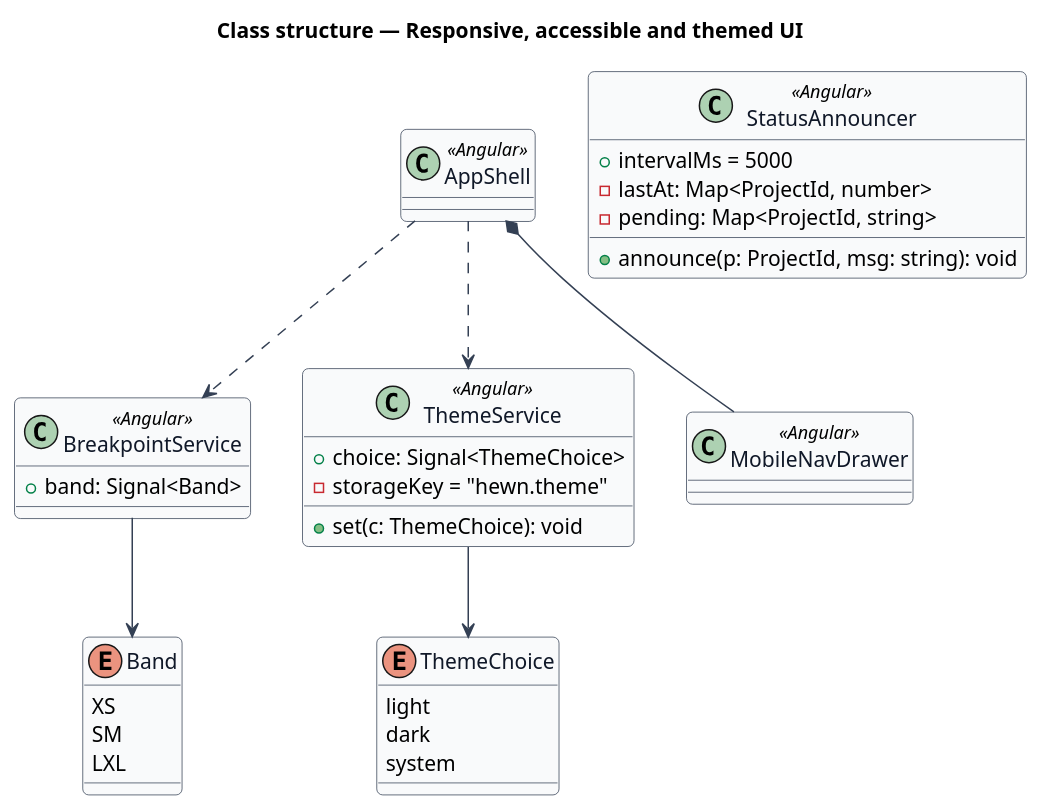
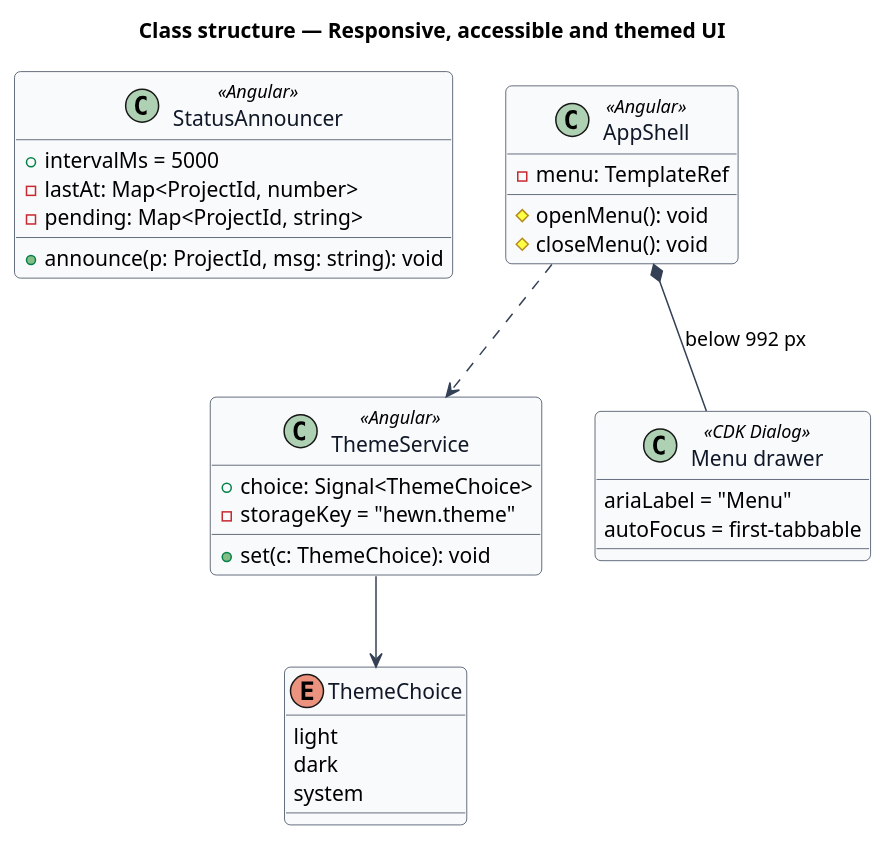
The diagram in docs/detailed-designs/mission-control/responsive-accessible-ui/diagrams/class-structure.puml (QuinntyneBrown/hewn), drawn with PlantUML before and after one commit. The commit also changed 47 other files, not shown here.

```diff
--- a/docs/detailed-designs/mission-control/responsive-accessible-ui/diagrams/class-structure.puml
+++ b/docs/detailed-designs/mission-control/responsive-accessible-ui/diagrams/class-structure.puml
@@ -1,45 +1,42 @@
 @startuml
 skinparam backgroundColor #FFFFFF
 skinparam shadowing false
 skinparam roundcorner 8
 skinparam defaultFontName Arial
 skinparam ArrowColor #344054
 skinparam class {
   BorderColor #344054
   FontColor #101828
   BackgroundColor #F9FAFB
 }
 title Class structure — Responsive, accessible and themed UI
 
-enum Band {
-  XS
-  SM
-  LXL
-}
-class BreakpointService <<Angular>> {
-  +band: Signal<Band>
-}
 class StatusAnnouncer <<Angular>> {
   +intervalMs = 5000
   +announce(p: ProjectId, msg: string): void
   -lastAt: Map<ProjectId, number>
   -pending: Map<ProjectId, string>
 }
 enum ThemeChoice {
   light
   dark
   system
 }
 class ThemeService <<Angular>> {
   +choice: Signal<ThemeChoice>
   +set(c: ThemeChoice): void
   -storageKey = "hewn.theme"
 }
-class AppShell <<Angular>>
-class MobileNavDrawer <<Angular>>
-BreakpointService --> Band
+class AppShell <<Angular>> {
+  -menu: TemplateRef
+  #openMenu(): void
+  #closeMenu(): void
+}
+class "Menu drawer" as MenuDrawer <<CDK Dialog>> {
+  ariaLabel = "Menu"
+  autoFocus = first-tabbable
+}
 ThemeService --> ThemeChoice
-AppShell ..> BreakpointService
-AppShell *-- MobileNavDrawer
+AppShell *-- MenuDrawer : below 992 px
 AppShell ..> ThemeService
 @enduml
```
